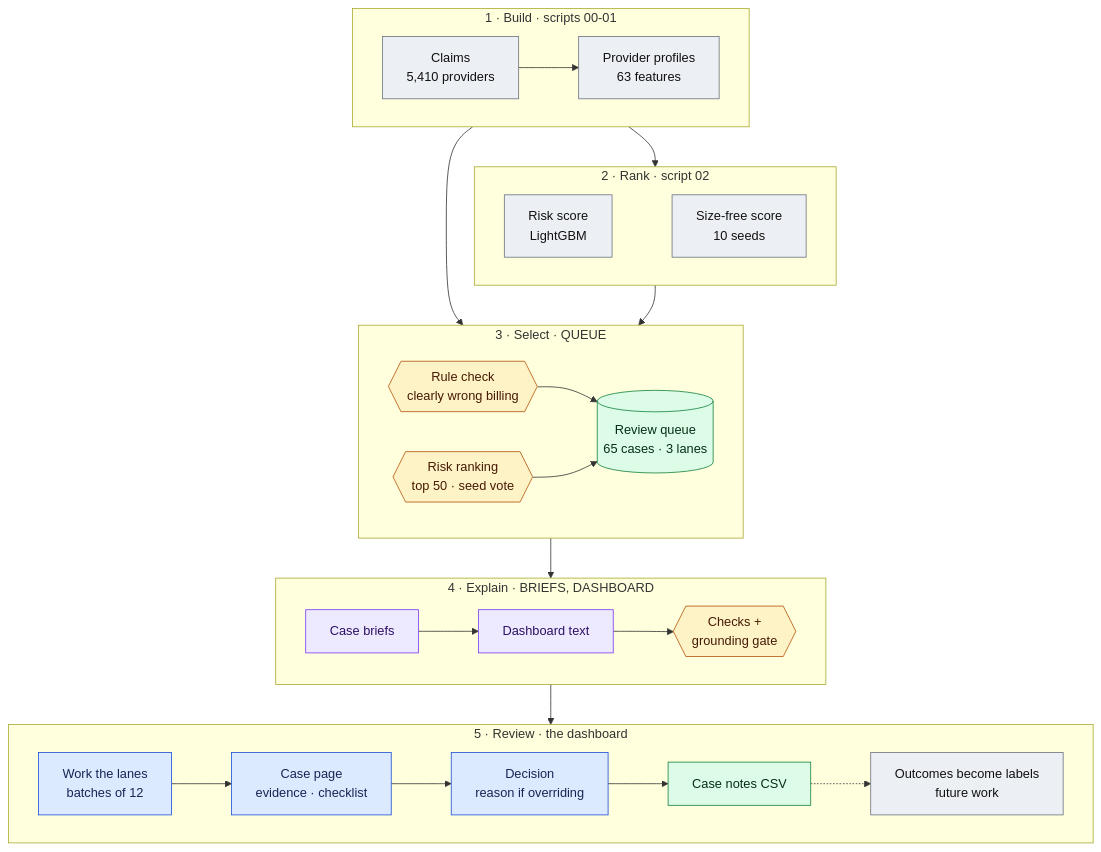
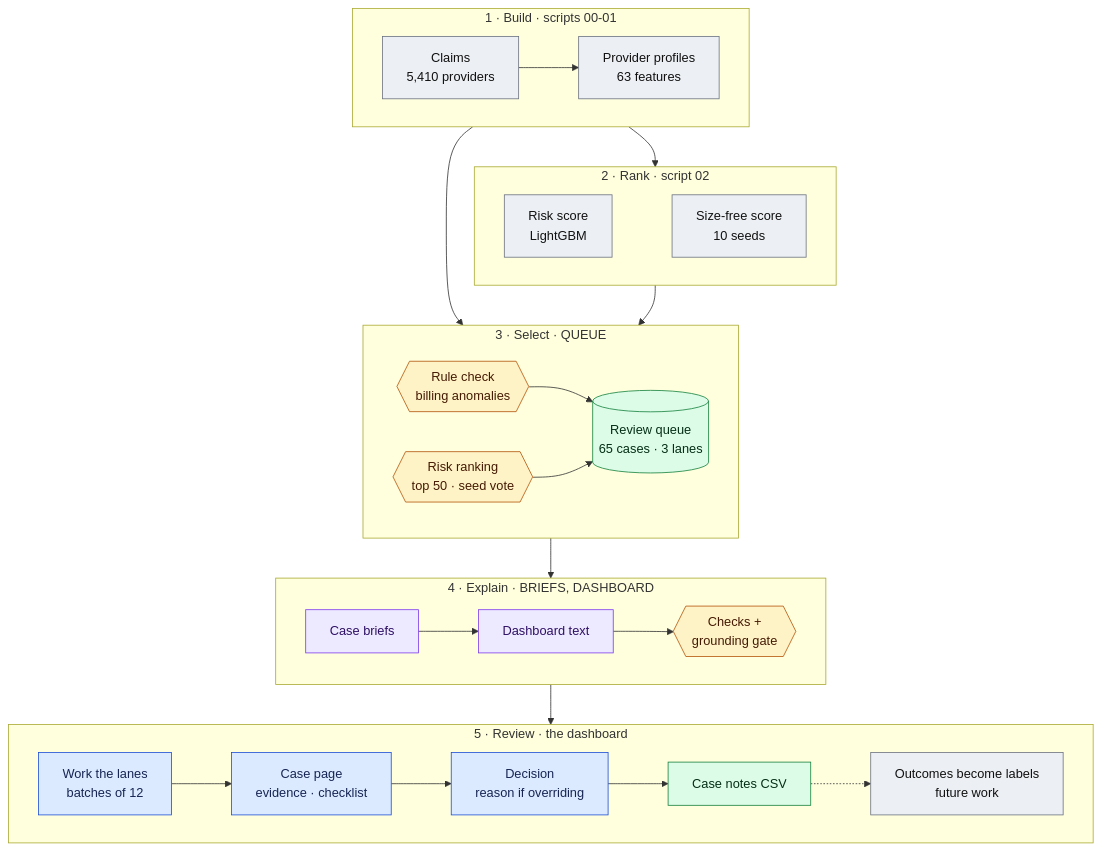
Before and after one commit to isaaclim33/BT4012-Group-20: the first of 4 diagrams in README.md, drawn with Mermaid. The commit also changed other lines of this file and 44 other files, not shown here.

````diff
--- a/README.md
+++ b/README.md
@@ -16,37 +22,37 @@
 ```mermaid
 flowchart TB
     classDef code fill:#eceff3,stroke:#6b7280,color:#111
     classDef llm fill:#ede9fe,stroke:#7c3aed,color:#2e1065
     classDef gate fill:#fef3c7,stroke:#b45309,color:#451a03
     classDef out fill:#dcfce7,stroke:#15803d,color:#052e16
     classDef person fill:#dbeafe,stroke:#1d4ed8,color:#172554
 
     subgraph P1["1 · Build · scripts 00-01"]
         direction LR
         A1["Claims<br/>5,410 providers"]:::code --> A2["Provider profiles<br/>63 features"]:::code
     end
     subgraph P2["2 · Rank · script 02"]
         direction LR
         B1["Risk score<br/>LightGBM"]:::code ~~~ B2["Size-free score<br/>10 seeds"]:::code
     end
     subgraph P3["3 · Select · QUEUE"]
         direction LR
-        C1{{"Rule check<br/>clearly wrong billing"}}:::gate --> C3[("Review queue<br/>65 cases · 3 lanes")]:::out
+        C1{{"Rule check<br/>billing anomalies"}}:::gate --> C3[("Review queue<br/>65 cases · 3 lanes")]:::out
         C2{{"Risk ranking<br/>top 50 · seed vote"}}:::gate --> C3
     end
     subgraph P4["4 · Explain · BRIEFS, DASHBOARD"]
         direction LR
         D1["Case briefs"]:::llm --> D2["Dashboard text"]:::llm --> D3{{"Checks +<br/>grounding gate"}}:::gate
     end
     subgraph P5["5 · Review · the dashboard"]
         direction LR
         R1["Work the lanes<br/>batches of 12"]:::person --> R2["Case page<br/>evidence · checklist"]:::person
         R2 --> R3["Decision<br/>reason if overriding"]:::person --> R4["Case notes CSV"]:::out
         R4 -.-> R5["Outcomes become labels<br/>future work"]:::code
     end
     P1 --> P2
     P1 --> P3
     P2 --> P3
     P3 --> P4
     P4 --> P5
 ```
````
